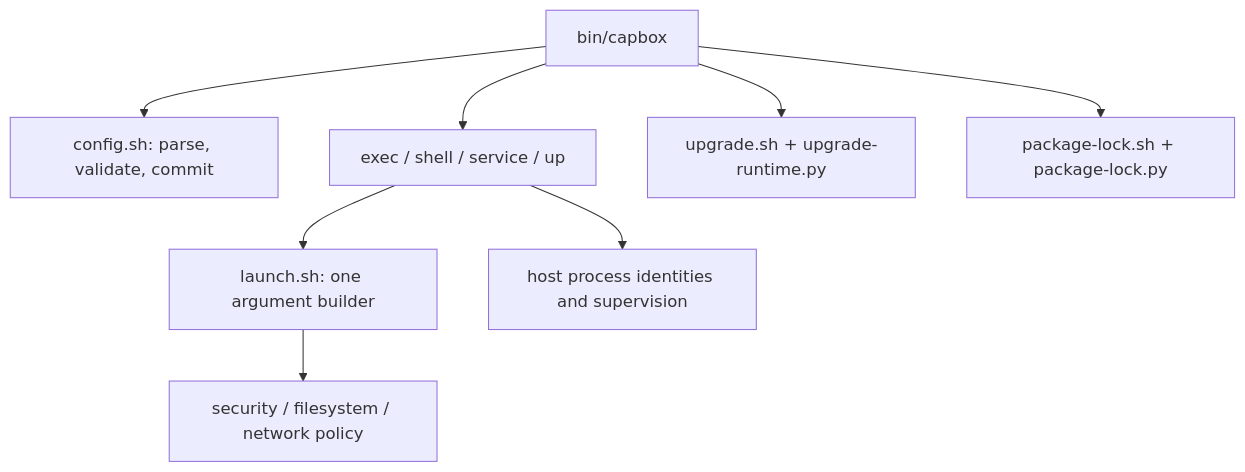
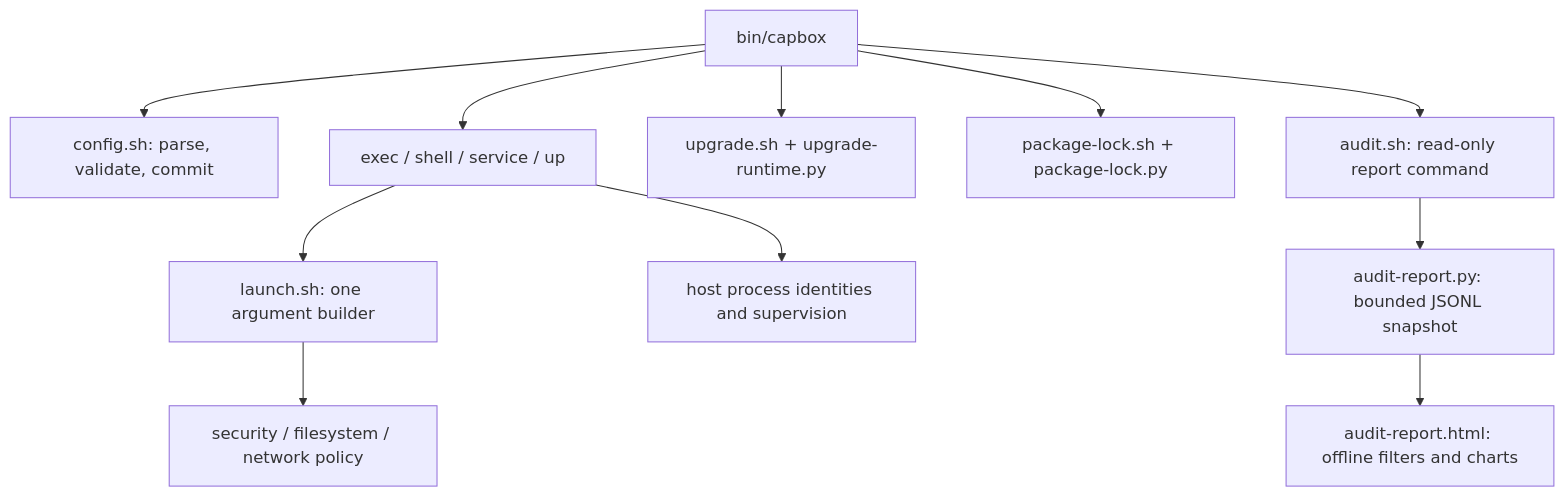
The diagram in docs/architecture.md (Sladewww/capbox), drawn with Mermaid before and after one commit. The commit also changed other lines of this file and 16 other files, not shown here.

First line of the commit message:
feat: self-contained offline audit reports (#11)

````diff
--- a/docs/architecture.md
+++ b/docs/architecture.md
@@ -5,10 +5,13 @@
 ```mermaid
 flowchart TD
     CLI[bin/capbox] --> Config[config.sh: parse, validate, commit]
     CLI --> Commands[exec / shell / service / up]
     Commands --> Launch[launch.sh: one argument builder]
     Launch --> Policy[security / filesystem / network policy]
     Commands --> Process[host process identities and supervision]
     CLI --> Upgrade[upgrade.sh + upgrade-runtime.py]
     CLI --> Lock[package-lock.sh + package-lock.py]
+    CLI --> Audit[audit.sh: read-only report command]
+    Audit --> Report[audit-report.py: bounded JSONL snapshot]
+    Report --> HTML[audit-report.html: offline filters and charts]
 ```
````
